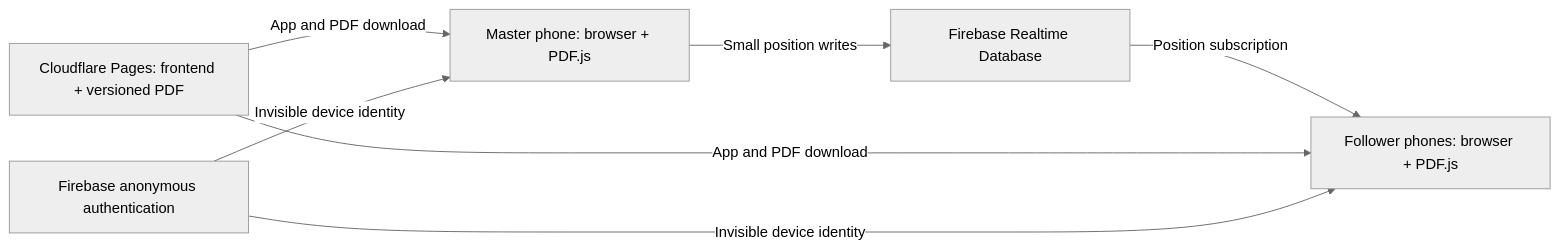
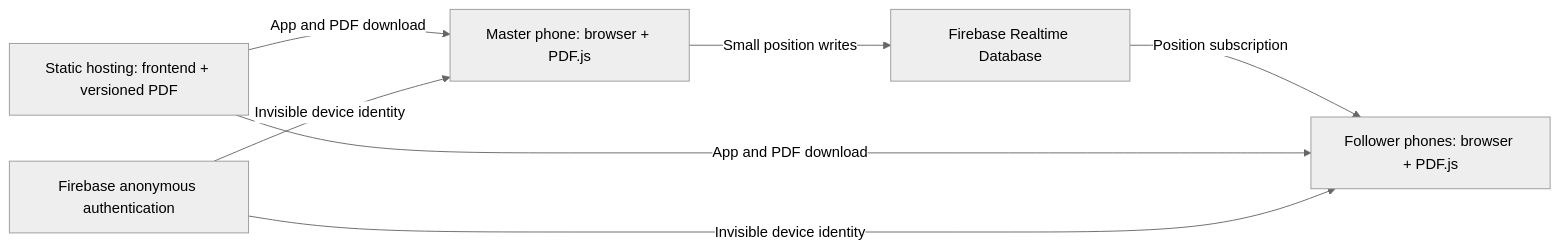
The diagram in HIGH_LEVEL_DESIGN.md (talgreen1/music-room), drawn with Mermaid (neutral theme) before and after one commit. The commit also changed other lines of this file and 10 other files, not shown here.

Commit message:
Document architecture and configure Firebase deployment

````diff
--- a/HIGH_LEVEL_DESIGN.md
+++ b/HIGH_LEVEL_DESIGN.md
@@ -41,9 +41,9 @@
 ```mermaid
 flowchart LR
     M[Master phone: browser + PDF.js] -->|Small position writes| R[Firebase Realtime Database]
     R -->|Position subscription| F[Follower phones: browser + PDF.js]
-    H[Cloudflare Pages: frontend + versioned PDF] -->|App and PDF download| M
+    H[Static hosting: frontend + versioned PDF] -->|App and PDF download| M
     H -->|App and PDF download| F
     A[Firebase anonymous authentication] -->|Invisible device identity| M
     A -->|Invisible device identity| F
 ```
````
